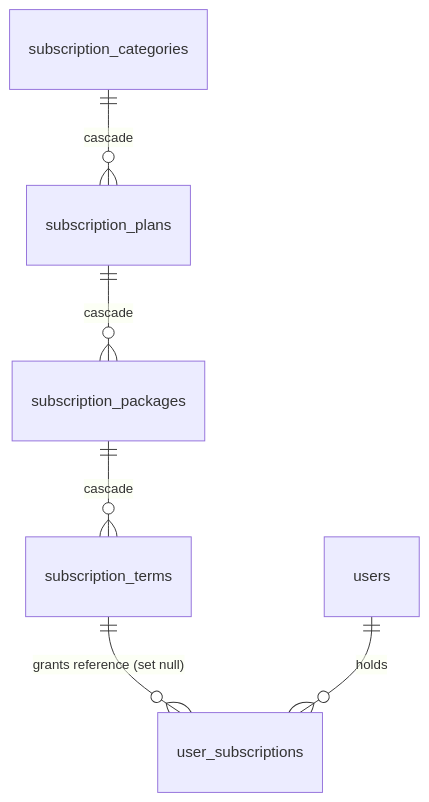
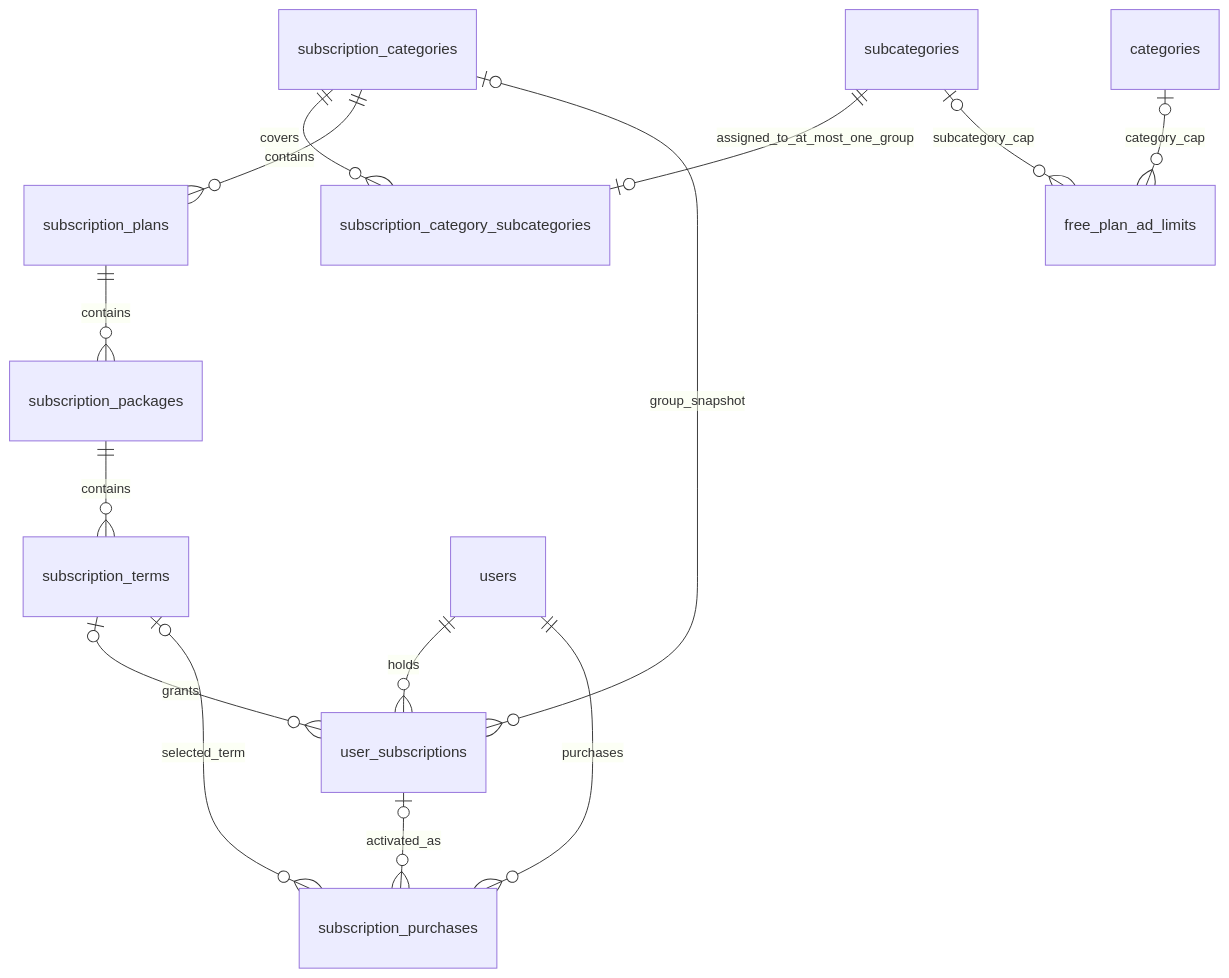
The first of 4 diagrams in apps/backend/src/admin/subscriptions/README.md (SovannrothEang/e-phsar-khmer), drawn with Mermaid before and after one commit. The commit also changed other lines of this file and 39 other files, not shown here.

````diff
--- a/apps/backend/src/admin/subscriptions/README.md
+++ b/apps/backend/src/admin/subscriptions/README.md
@@ -41,8 +27,16 @@
 ```mermaid
 erDiagram
-    subscription_categories ||--o{ subscription_plans : "cascade"
-    subscription_plans ||--o{ subscription_packages : "cascade"
-    subscription_packages ||--o{ subscription_terms : "cascade"
-    subscription_terms ||--o{ user_subscriptions : "grants reference (set null)"
-    users ||--o{ user_subscriptions : "holds"
+    subscription_categories ||--o{ subscription_category_subcategories : covers
+    subcategories ||--o| subscription_category_subcategories : assigned_to_at_most_one_group
+    subscription_categories ||--o{ subscription_plans : contains
+    subscription_plans ||--o{ subscription_packages : contains
+    subscription_packages ||--o{ subscription_terms : contains
+    users ||--o{ user_subscriptions : holds
+    subscription_terms o|--o{ user_subscriptions : grants
+    subscription_categories o|--o{ user_subscriptions : group_snapshot
+    users ||--o{ subscription_purchases : purchases
+    subscription_terms o|--o{ subscription_purchases : selected_term
+    user_subscriptions o|--o{ subscription_purchases : activated_as
+    categories o|--o{ free_plan_ad_limits : category_cap
+    subcategories o|--o{ free_plan_ad_limits : subcategory_cap
 ```
````
